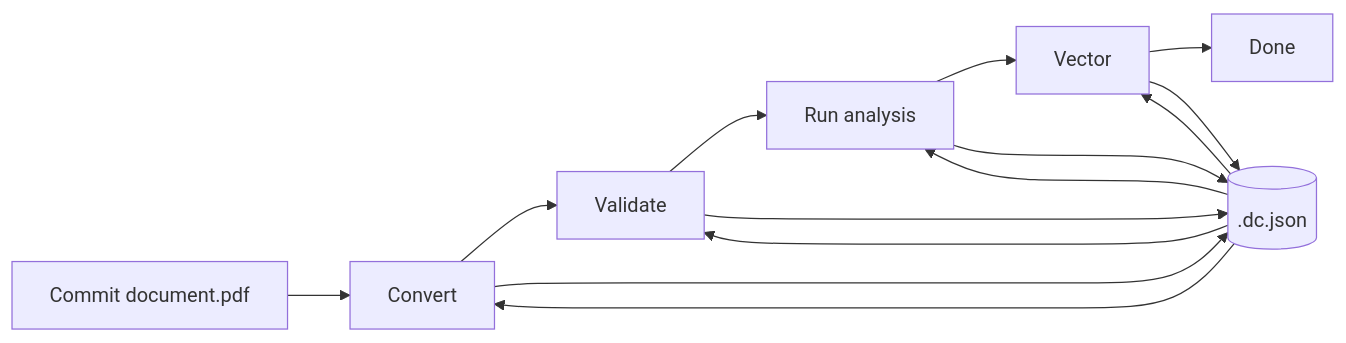
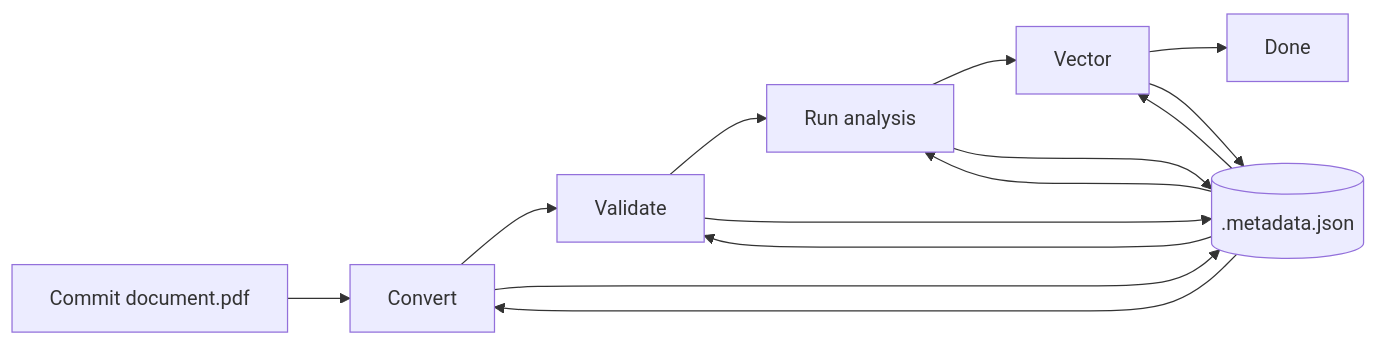
The first of 2 diagrams in README.md (alangunning/doc-ai-analysis-starter), drawn with Mermaid before and after one commit. The commit also changed other lines of this file and 1 other file, not shown here.

Commit message:
Use .metadata.json for Dublin Core records

````diff
--- a/README.md
+++ b/README.md
@@ -61,16 +61,16 @@
 ```mermaid
 flowchart LR
     Commit[Commit document.pdf] --> Convert[Convert]
     Convert --> Validate[Validate]
     Validate --> Analysis[Run analysis]
     Analysis --> Vector[Vector]
     Vector --> Done[Done]
-    Meta[(.dc.json)] --> Convert
+    Meta[(.metadata.json)] --> Convert
     Meta --> Validate
     Meta --> Analysis
     Meta --> Vector
     Convert --> Meta
     Validate --> Meta
     Analysis --> Meta
     Vector --> Meta
 ```
````
